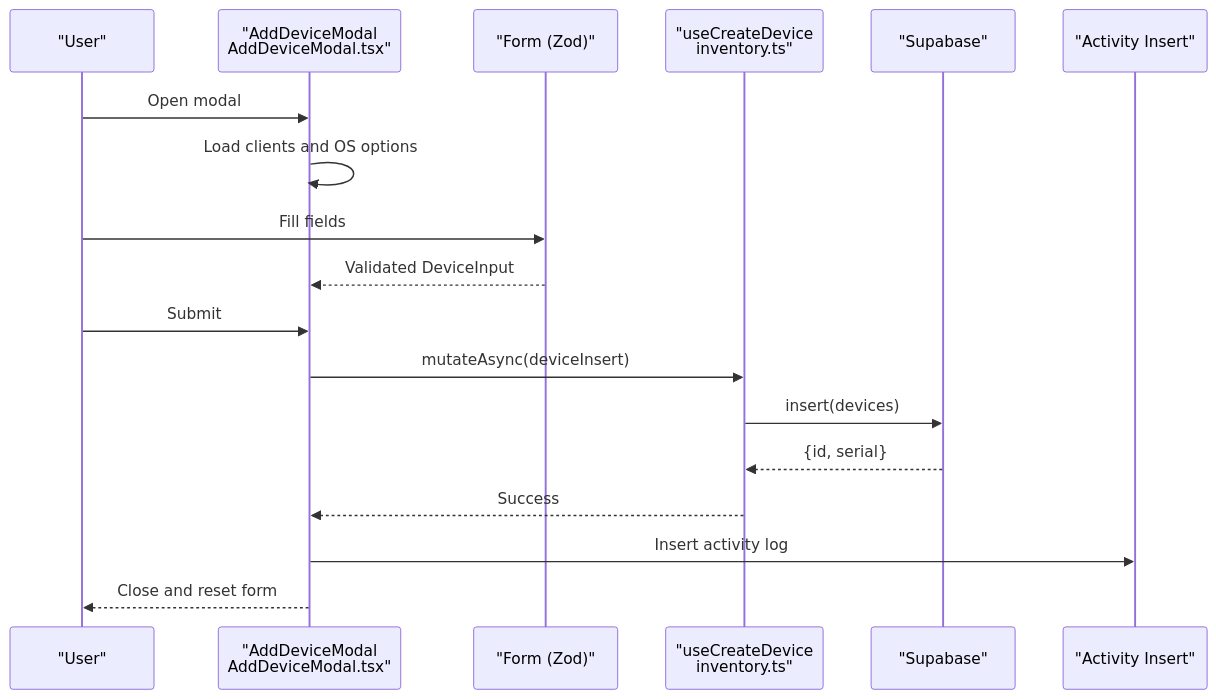
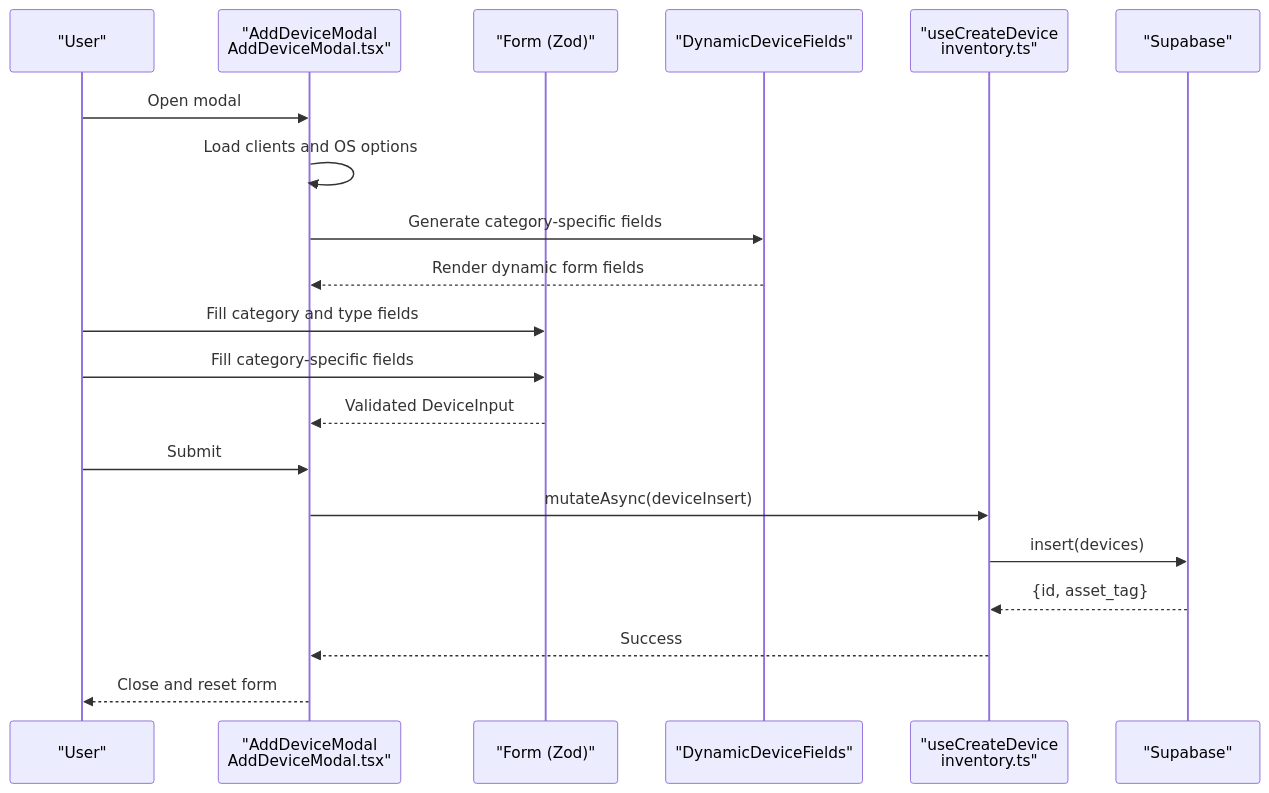
The fourth of 14 diagrams in .qoder/repowiki/en/content/Device Management System/Device Inventory Tracking.md (gastaldellomarco/pcReady), drawn with Mermaid before and after one commit. The commit also changed other lines of this file and 15 other files, not shown here.

````diff
--- a/.qoder/repowiki/en/content/Device Management System/Device Inventory Tracking.md
+++ b/.qoder/repowiki/en/content/Device Management System/Device Inventory Tracking.md
@@ -242,20 +280,22 @@
 ```mermaid
 sequenceDiagram
 participant U as "User"
 participant M as "AddDeviceModal<br/>AddDeviceModal.tsx"
 participant F as "Form (Zod)"
+participant DFF as "DynamicDeviceFields"
 participant Q as "useCreateDevice<br/>inventory.ts"
 participant S as "Supabase"
-participant A as "Activity Insert"
 U->>M : Open modal
 M->>M : Load clients and OS options
-U->>F : Fill fields
+M->>DFF : Generate category-specific fields
+DFF-->>M : Render dynamic form fields
+U->>F : Fill category and type fields
+U->>F : Fill category-specific fields
 F-->>M : Validated DeviceInput
 U->>M : Submit
 M->>Q : mutateAsync(deviceInsert)
 Q->>S : insert(devices)
-S-->>Q : {id, serial}
+S-->>Q : {id, asset_tag}
 Q-->>M : Success
-M->>A : Insert activity log
 M-->>U : Close and reset form
 ```
````
